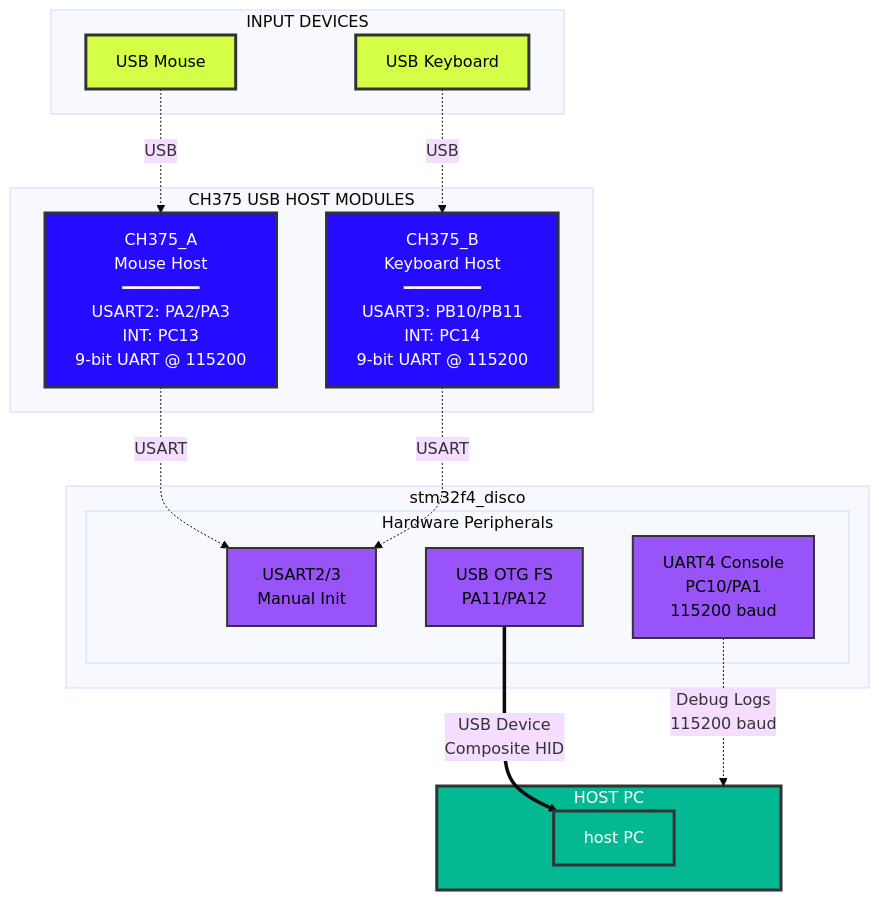
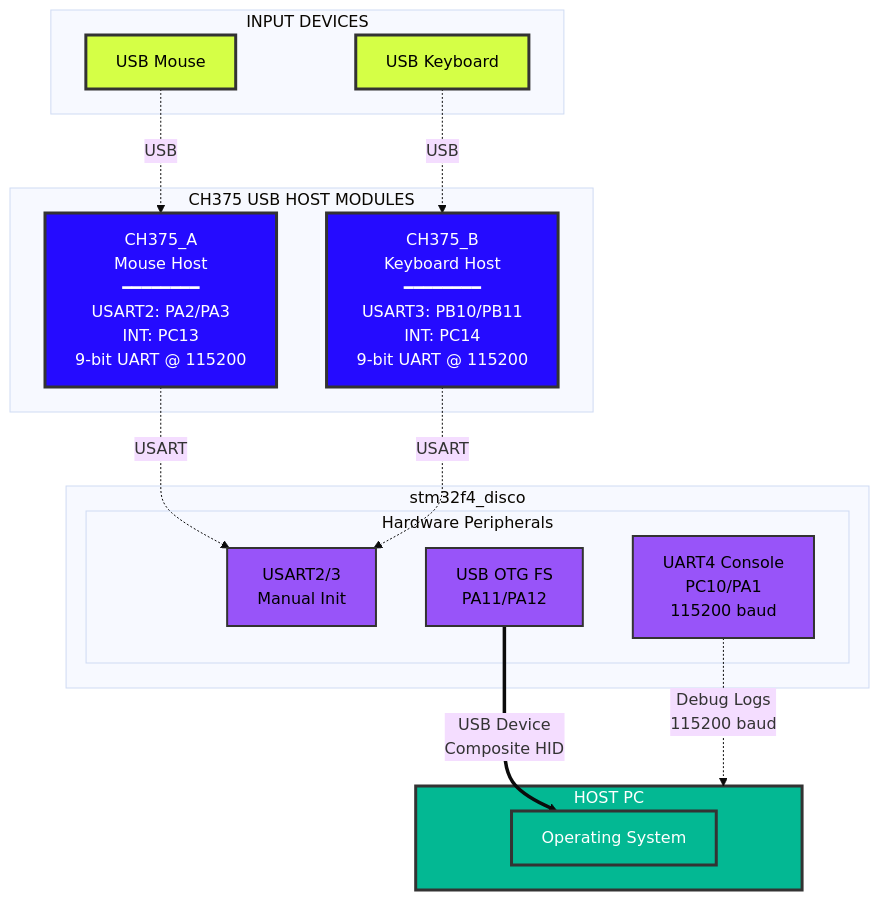
One commit to akaDestrocore/GhostHIDe changed the diagram in README.md. Above: the diagram before and after it, drawn with Mermaid (base theme). The commit also changed other lines of this file, not shown here.

````diff
--- a/README.md
+++ b/README.md
@@ -11,44 +13,44 @@
 ```mermaid
 graph TB
     subgraph INPUT["INPUT DEVICES"]
         MOUSE["USB Mouse"]
         KEYBOARD["USB Keyboard"]
     end
 
     subgraph CH375_LAYER["CH375 USB HOST MODULES"]
         CH375A["CH375_A<br/>Mouse Host<br/>━━━━━━━━<br/>USART2: PA2/PA3<br/>INT: PC13<br/>9-bit UART @ 115200"]
         CH375B["CH375_B<br/>Keyboard Host<br/>━━━━━━━━<br/>USART3: PB10/PB11<br/>INT: PC14<br/>9-bit UART @ 115200"]
     end
 
     subgraph STM32["stm32f4_disco"]
         subgraph HW["Hardware Peripherals"]
             USART["USART2/3<br/>Manual Init"]
             USBOTG["USB OTG FS<br/>PA11/PA12"]
             CONSOLE["UART4 Console<br/>PC10/PA1<br/>115200 baud"]
         end
     end
 
     subgraph PC["HOST PC"]
-        OS["host PC"]
+        OS["Operating System"]
     end
 
     MOUSE -.->|USB| CH375A
     KEYBOARD -.->|USB| CH375B
 
     CH375A -.->|USART| USART
     CH375B -.->|USART| USART
-
+    
     USBOTG ==>|"USB Device<br/>Composite HID"| OS
 
     CONSOLE -.->|"Debug Logs<br/>115200 baud"| PC
 
     classDef inputDevice fill:#D5FF46,stroke:#333,stroke-width:3px,color:#000
     classDef usbChip fill:#250BFF,stroke:#333,stroke-width:3px,color:#fff
     classDef hardware fill:#9854F9,stroke:#333,stroke-width:2px,color:#000
     classDef pc fill:#03B893,stroke:#333,stroke-width:3px,color:#fff
 
     class MOUSE,KEYBOARD inputDevice
     class CH375A,CH375B usbChip
     class USART,USBOTG,CONSOLE hardware
     class OS,PC pc
 ```
````
